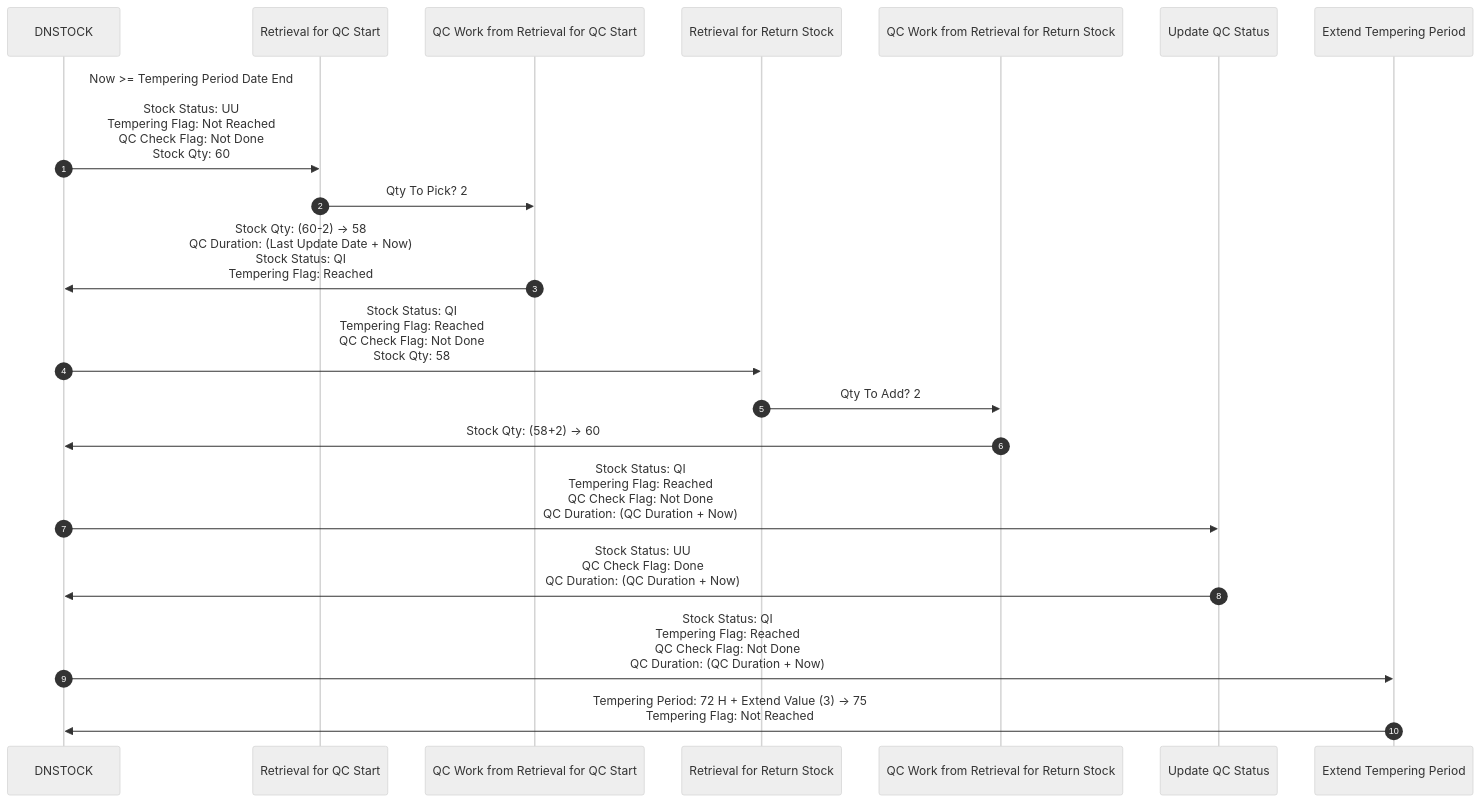
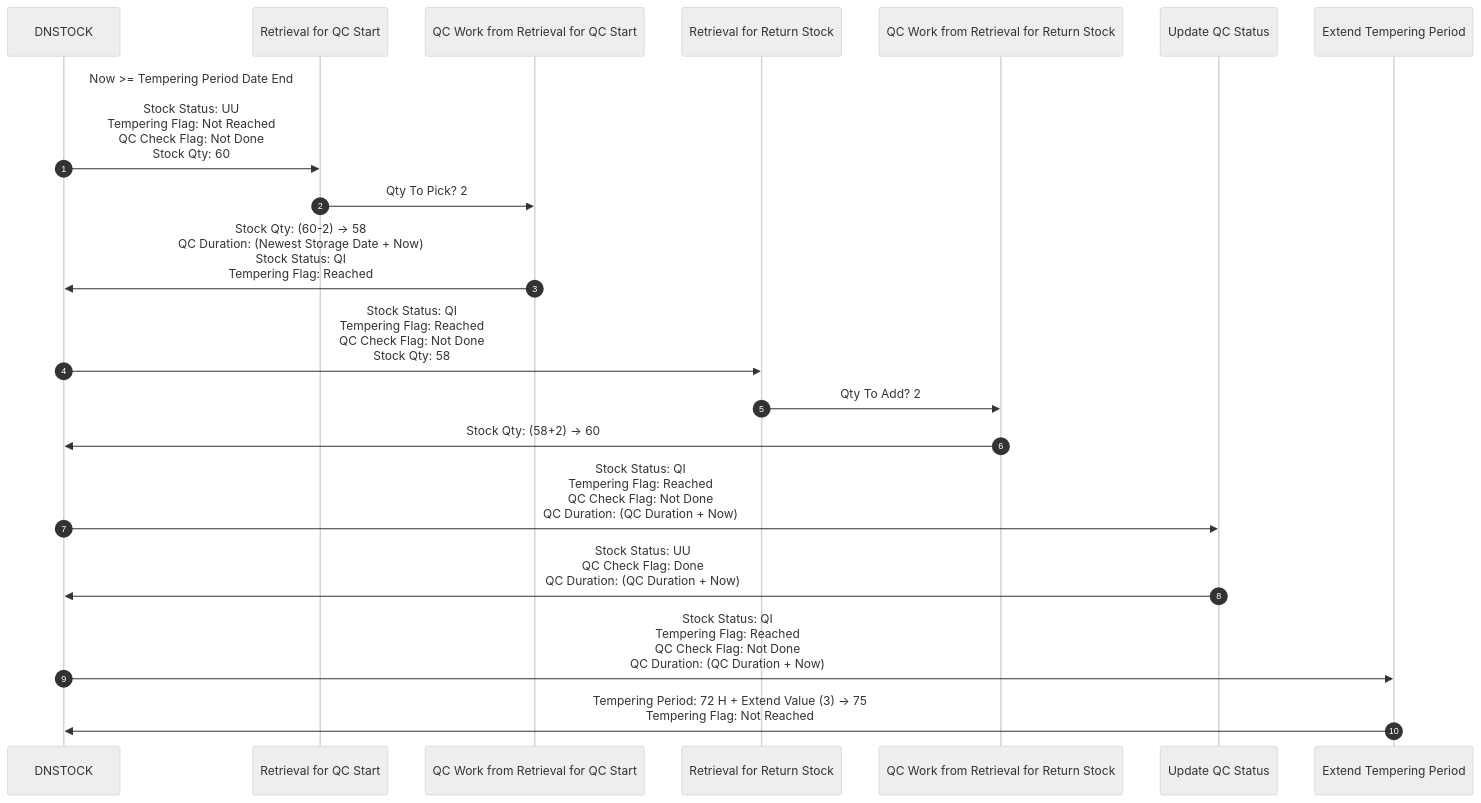
Before and after one commit to luthfiadityaa/SimeDarby-Wiki: the diagram in Basic-Design/DFD-WMS/Retrieval/QC-Setting.md, drawn with Mermaid (neutral theme).

Commit message:
Updated QC Setting

```diff
--- a/Basic-Design/DFD-WMS/Retrieval/QC-Setting.md
+++ b/Basic-Design/DFD-WMS/Retrieval/QC-Setting.md
@@ -20,40 +20,40 @@
 ::: mermaid
 sequenceDiagram
     autonumber
 
     participant DNSTOCK
     participant Retrieval for QC Start
     participant QC Work from Retrieval for QC Start
     participant Retrieval for Return Stock
     participant QC Work from Retrieval for Return Stock
     participant Update QC Status
     participant Extend Tempering Period
 
     %% --- 1. DNSTOCK ---
     DNSTOCK ->> Retrieval for QC Start: Now >= Tempering Period Date End <br><br> Stock Status: UU <br> Tempering Flag: Not Reached <br> QC Check Flag: Not Done <br> Stock Qty: 60
 
 
     %% --- 2. Retrieval for QC Start ---
     Retrieval for QC Start ->> QC Work from Retrieval for QC Start: Qty To Pick?  2
 
     %% --- 3. QC Work from Retrieval for QC Start ---
-    QC Work from Retrieval for QC Start ->> DNSTOCK: Stock Qty: (60-2) → 58 <br> QC Duration: (Last Update Date + Now) <br> Stock Status: QI <br> Tempering Flag: Reached
+    QC Work from Retrieval for QC Start ->> DNSTOCK: Stock Qty: (60-2) → 58 <br> QC Duration: (Newest Storage Date + Now) <br> Stock Status: QI <br> Tempering Flag: Reached
 
     %% --- 4. Retrieval for Return Stock ---
     DNSTOCK ->> Retrieval for Return Stock: Stock Status: QI <br> Tempering Flag: Reached <br> QC Check Flag: Not Done <br> Stock Qty: 58
 
     Retrieval for Return Stock ->> QC Work from Retrieval for Return Stock: Qty To Add?  2
 
     %% --- 5. QC Work from Retrieval for Return Stock ---
     QC Work from Retrieval for Return Stock ->> DNSTOCK: Stock Qty: (58+2) → 60
 
     %% --- 6. Update QC Status ---
     DNSTOCK ->> Update QC Status: Stock Status: QI <br> Tempering Flag: Reached <br> QC Check Flag: Not Done <br> QC Duration: (QC Duration + Now)
     
     Update QC Status ->> DNSTOCK: Stock Status: UU <br> QC Check Flag: Done <br> QC Duration: (QC Duration + Now)
 
     %% --- 7. Extend Tempering Period ---
     DNSTOCK ->> Extend Tempering Period: Stock Status: QI <br> Tempering Flag: Reached <br> QC Check Flag: Not Done <br> QC Duration: (QC Duration + Now)
 
     Extend Tempering Period ->> DNSTOCK: Tempering Period: 72 H + Extend Value (3) → 75 <br> Tempering Flag: Not Reached
 :::
```
